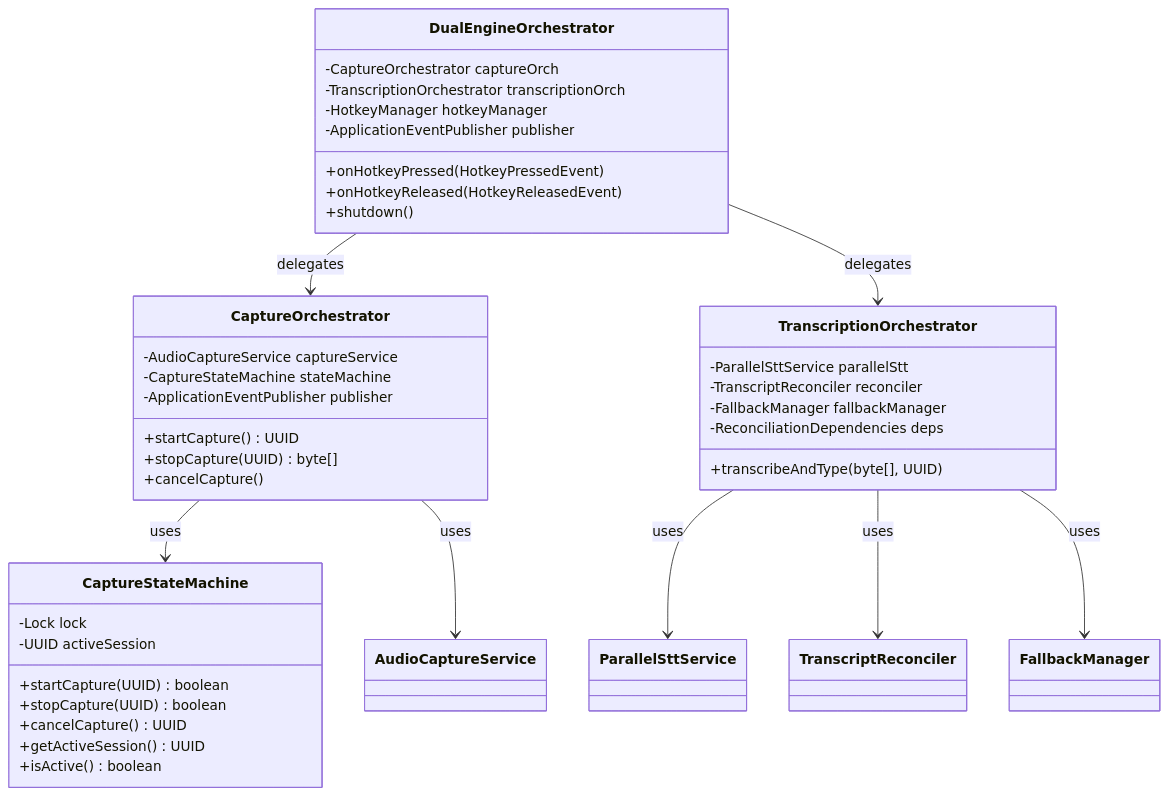
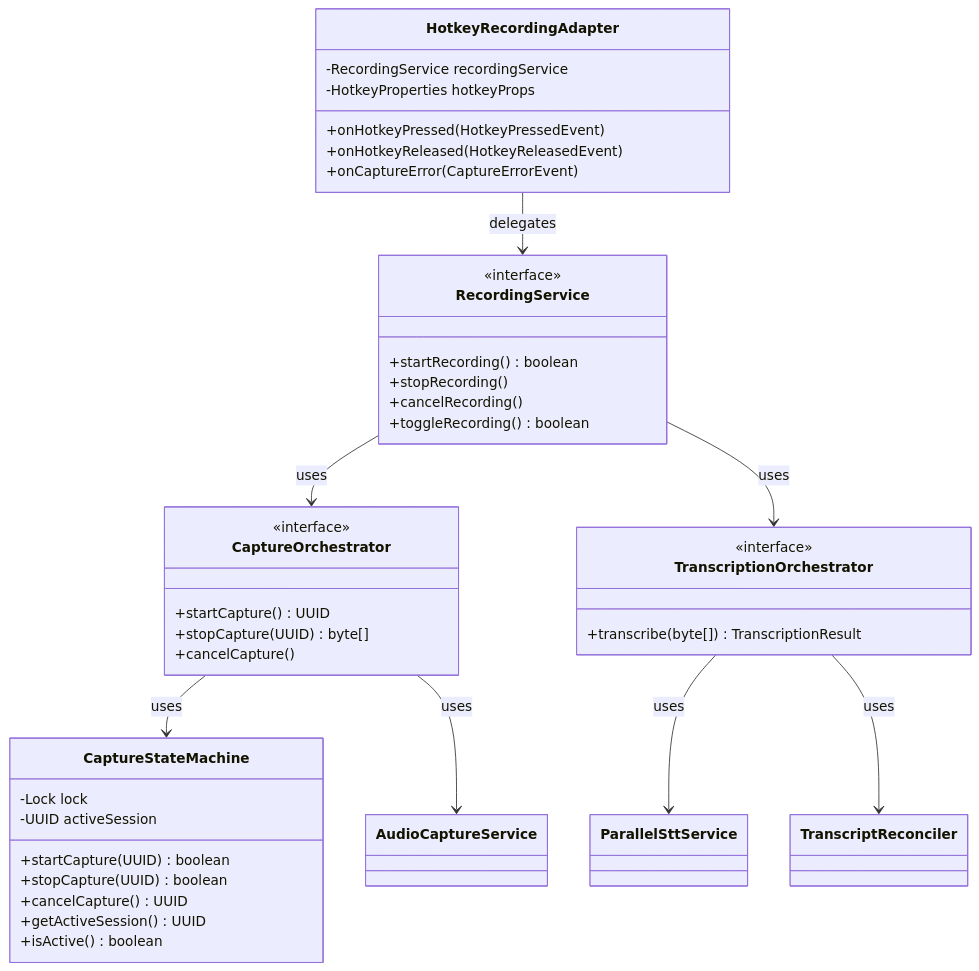
The fourth of 9 diagrams in docs/diagrams/class-dependencies.md (phillippitts/speakToMack), drawn with Mermaid before and after one commit. The commit also changed other lines of this file and 18 other files, not shown here.

````diff
--- a/docs/diagrams/class-dependencies.md
+++ b/docs/diagrams/class-dependencies.md
@@ -164,47 +153,48 @@
 ```mermaid
 classDiagram
-    class DualEngineOrchestrator {
-        -CaptureOrchestrator captureOrch
-        -TranscriptionOrchestrator transcriptionOrch
-        -HotkeyManager hotkeyManager
-        -ApplicationEventPublisher publisher
+    class HotkeyRecordingAdapter {
+        -RecordingService recordingService
+        -HotkeyProperties hotkeyProps
         +onHotkeyPressed(HotkeyPressedEvent)
         +onHotkeyReleased(HotkeyReleasedEvent)
-        +shutdown()
+        +onCaptureError(CaptureErrorEvent)
+    }
+
+    class RecordingService {
+        <<interface>>
+        +startRecording() boolean
+        +stopRecording()
+        +cancelRecording()
+        +toggleRecording() boolean
     }
 
     class CaptureOrchestrator {
-        -AudioCaptureService captureService
-        -CaptureStateMachine stateMachine
-        -ApplicationEventPublisher publisher
+        <<interface>>
         +startCapture() UUID
         +stopCapture(UUID) byte[]
         +cancelCapture()
     }
 
     class TranscriptionOrchestrator {
-        -ParallelSttService parallelStt
-        -TranscriptReconciler reconciler
-        -FallbackManager fallbackManager
-        -ReconciliationDependencies deps
-        +transcribeAndType(byte[], UUID)
+        <<interface>>
+        +transcribe(byte[]) TranscriptionResult
     }
 
     class CaptureStateMachine {
         -Lock lock
         -UUID activeSession
         +startCapture(UUID) boolean
         +stopCapture(UUID) boolean
         +cancelCapture() UUID
         +getActiveSession() UUID
         +isActive() boolean
     }
 
-    DualEngineOrchestrator --> CaptureOrchestrator : delegates
-    DualEngineOrchestrator --> TranscriptionOrchestrator : delegates
+    HotkeyRecordingAdapter --> RecordingService : delegates
+    RecordingService --> CaptureOrchestrator : uses
+    RecordingService --> TranscriptionOrchestrator : uses
     CaptureOrchestrator --> CaptureStateMachine : uses
     CaptureOrchestrator --> AudioCaptureService : uses
     TranscriptionOrchestrator --> ParallelSttService : uses
     TranscriptionOrchestrator --> TranscriptReconciler : uses
-    TranscriptionOrchestrator --> FallbackManager : uses
 ```
````
